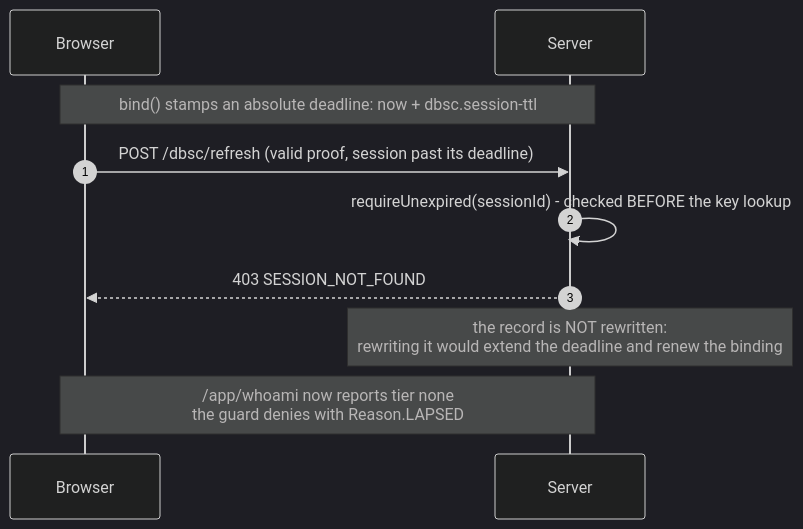
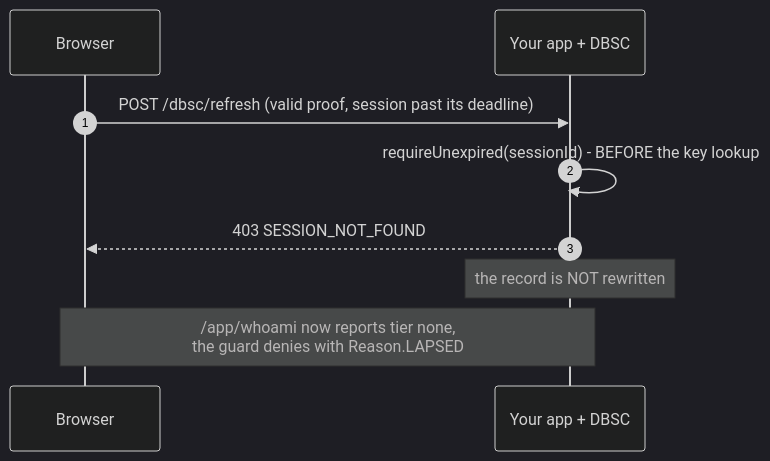
One commit to yuukioosaka/spring-dbsc changed the fifth of 12 diagrams in README.md. Above: the diagram before and after it, drawn with Mermaid (dark theme). The commit also changed other lines of this file, not shown here.

````diff
--- a/README.md
+++ b/README.md
@@ -509,13 +589,12 @@
 ```mermaid
 sequenceDiagram
     autonumber
     participant B as Browser
-    participant S as Server
+    participant S as Your app + DBSC
 
-    Note over B,S: bind() stamps an absolute deadline: now + dbsc.session-ttl
     B->>S: POST /dbsc/refresh  (valid proof, session past its deadline)
-    S->>S: requireUnexpired(sessionId) - checked BEFORE the key lookup
+    S->>S: requireUnexpired(sessionId) - BEFORE the key lookup
     S-->>B: 403 SESSION_NOT_FOUND
-    Note over S: the record is NOT rewritten:<br/>rewriting it would extend the deadline and renew the binding
-    Note over B,S: /app/whoami now reports tier none<br/>the guard denies with Reason.LAPSED
+    Note over S: the record is NOT rewritten
+    Note over B,S: /app/whoami now reports tier none,<br/>the guard denies with Reason.LAPSED
 ```
````
